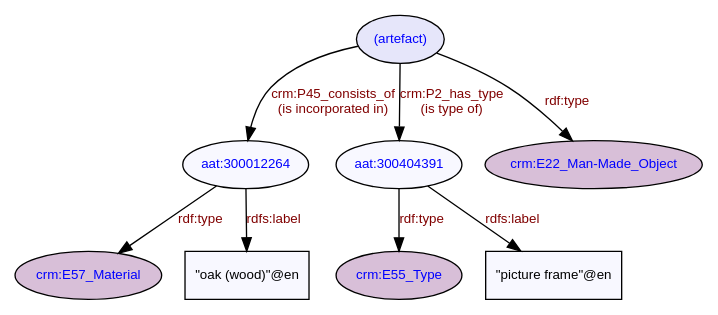
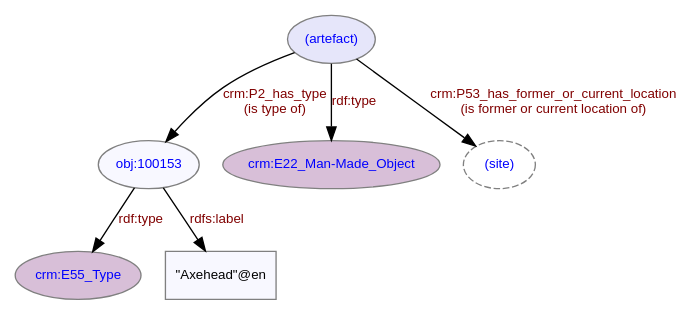
Before and after one commit to cbinding/LD4HE: the diagram in diagrams/ld4he-artefact.dot, drawn with Graphviz. The commit also changed 66 other files, not shown here.

```diff
--- a/diagrams/ld4he-artefact.dot
+++ b/diagrams/ld4he-artefact.dot
@@ -1,21 +1,17 @@
 digraph {
    // label = "Artefact";
    // labelloc = "t";
-   node [fontcolor=blue, fontsize=10, fontname=Arial, style=filled, fillcolor=ghostwhite];
+   node [color=gray, fontcolor=blue, fontsize=10, fontname=Arial, style=filled, fillcolor=ghostwhite];
    edge [color=black, fontcolor=maroon, fontsize=10, fontname=Arial ];
-   "aat:300012264" [target="aat", URL="http://vocab.getty.edu/aat/300012264"];   
-   "aat:300404391" [target="aat", URL="http://vocab.getty.edu/aat/300404391"];
+   "obj:100153" [URL="http://purl.org/heritagedata/schemes/mda_obj/concepts/100153"];   
    "crm:E22_Man-Made_Object" [fillcolor=thistle, target="crm", URL="http://www.cidoc-crm.org/cidoc-crm/E22_Man-Made_Object"];
-   "crm:E57_Material" [fillcolor=thistle, target="crm", URL="http://www.cidoc-crm.org/cidoc-crm/E57_Material"];
-    "(artefact)" [fillcolor=lavender];
-   "(artefact)" -> "crm:E22_Man-Made_Object" [label="rdf:type", labelURL="http://www.w3.org/1999/02/22-rdf-syntax-ns#type"];
-   "(artefact)" -> "aat:300012264" [label="crm:P45_consists_of\n(is incorporated in)", labelURL="http://www.cidoc-crm.org/cidoc-crm/P45_consists_of"];
-   "aat:300012264" -> "crm:E57_Material" [label="rdf:type", labelURL="http://www.w3.org/1999/02/22-rdf-syntax-ns#type"];  
-   "\"oak (wood)\"@en" [shape=box, fontcolor=black];
-   "aat:300012264" -> "\"oak (wood)\"@en" [label="rdfs:label", labelURL="http://www.w3.org/2000/01/rdf-schema#label"];
-   "crm:E55_Type" [fillcolor=thistle, target="crm", URL="http://www.cidoc-crm.org/cidoc-crm/E55_Type"];
-   "(artefact)" -> "aat:300404391" [label="crm:P2_has_type\n(is type of)", labelURL="http://www.cidoc-crm.org/cidoc-crm/P2_has_type"];
-   "aat:300404391" -> "crm:E55_Type" [label="rdf:type", labelURL="http://www.w3.org/1999/02/22-rdf-syntax-ns#type"];
-   "\"picture frame\"@en" [shape=box, fontcolor=black];
-   "aat:300404391" ->  "\"picture frame\"@en" [label="rdfs:label", labelURL="http://www.w3.org/2000/01/rdf-schema#label"];
+   "crm:E55_Type" [fillcolor=thistle, target="crm", URL="http://www.cidoc-crm.org/cidoc-crm/E55_Type"];   
+   "(artefact)" [fillcolor=lavender];
+   "(site)" [style=dashed];
+   "(artefact)" -> "(site)" [label="crm:P53_has_former_or_current_location\n(is former or current location of)", labelURL="http://www.cidoc-crm.org/cidoc-crm/P53_has_former_or_current_location"];
+   "(artefact)" -> "crm:E22_Man-Made_Object" [label="rdf:type", labelURL="http://www.w3.org/1999/02/22-rdf-syntax-ns#type"];   
+   "(artefact)" -> "obj:100153" [label="crm:P2_has_type\n(is type of)", labelURL="http://www.cidoc-crm.org/cidoc-crm/P2_has_type"];
+   "obj:100153" -> "crm:E55_Type" [label="rdf:type", labelURL="http://www.w3.org/1999/02/22-rdf-syntax-ns#type"];
+   "\"Axehead\"@en" [shape=box, fontcolor=black];
+   "obj:100153" ->  "\"Axehead\"@en" [label="rdfs:label", labelURL="http://www.w3.org/2000/01/rdf-schema#label"];
  }
```
